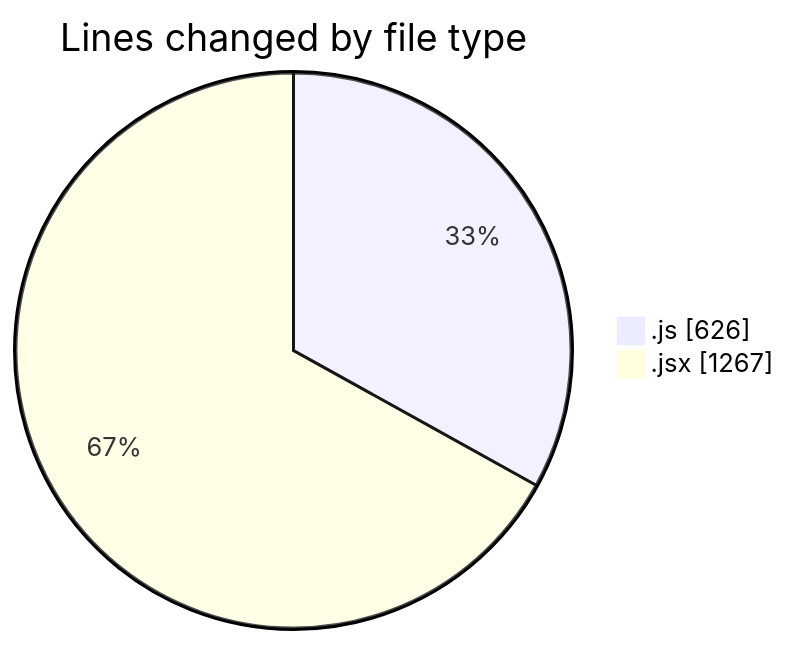
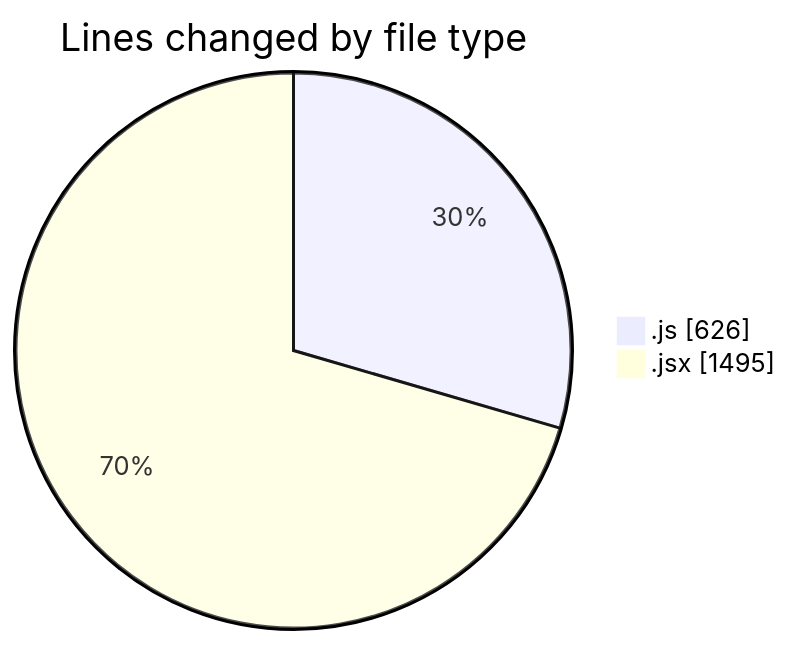
One commit to nxtqubesakshisongat/code-tracking changed the first of 2 diagrams in 2025-07-01/argos/README.md. Above: the diagram before and after it, drawn with Mermaid. The commit also changed other lines of this file and 1 other file, not shown here.

````diff
--- a/2025-07-01/argos/README.md
+++ b/2025-07-01/argos/README.md
@@ -25,6 +26,6 @@
 ```mermaid
 pie showData
 title Lines changed by file type
 ".js" : 626
-".jsx" : 1267
+".jsx" : 1495
 ```
````
